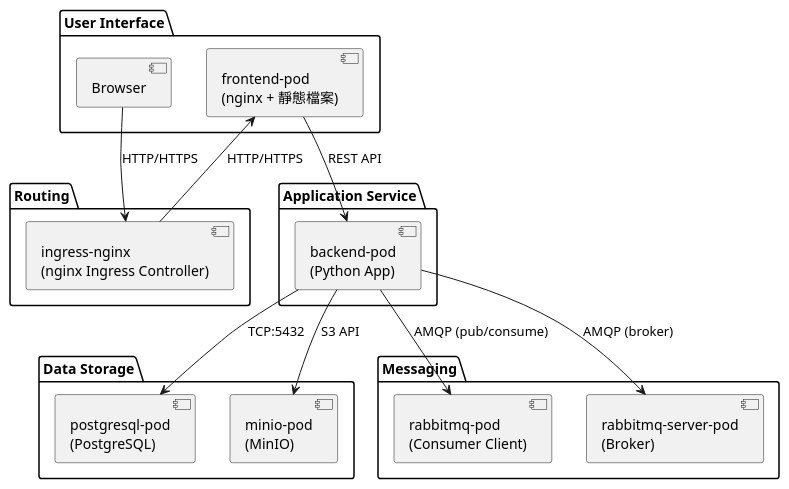
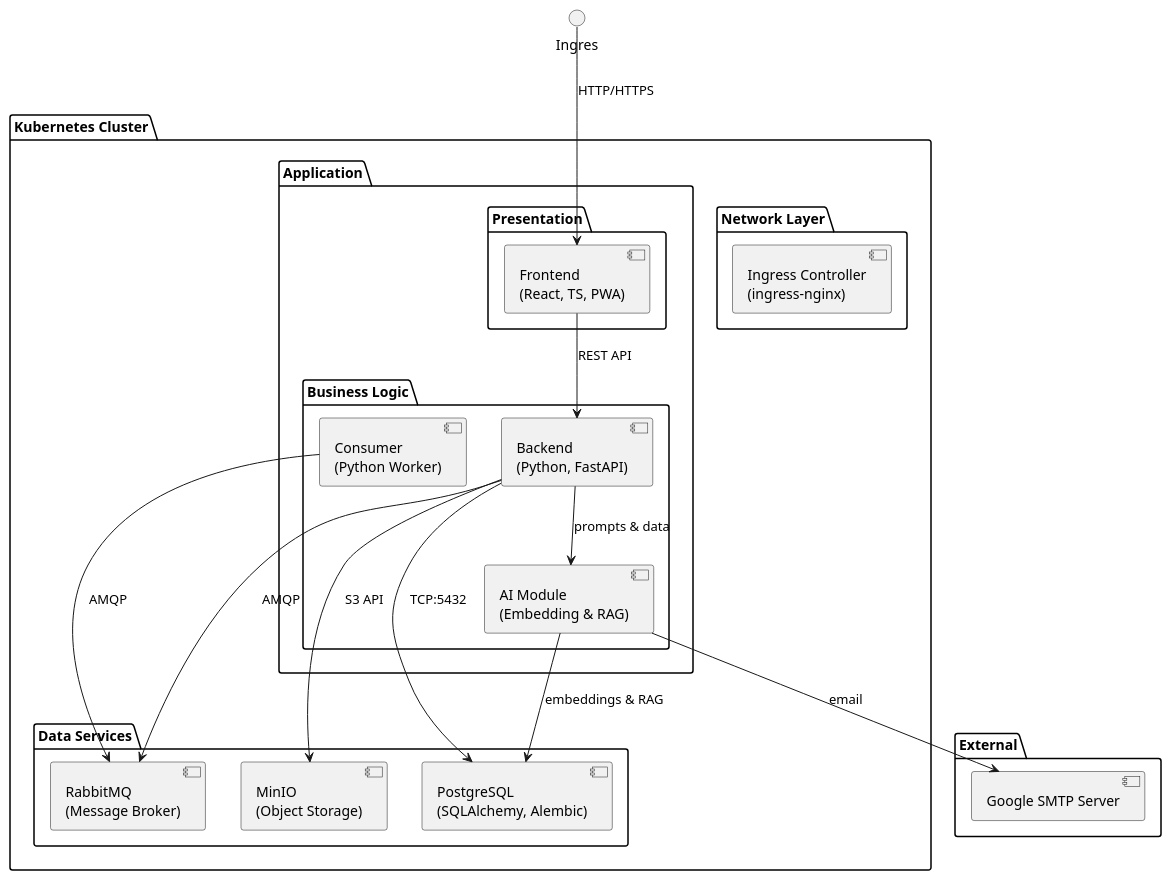
Before and after one commit to walle45611/NTUB_SecuManag_Diagram: the diagram in plantUML/package/package.puml, drawn with PlantUML. The commit also changed 1 other file, not shown here.

Commit message:
(modify):調整元件圖與套件圖

```diff
--- a/plantUML/package/package.puml
+++ b/plantUML/package/package.puml
@@ -1,32 +1,41 @@
 @startuml
-package "User Interface" {
-  [Browser]
-  [frontend-pod\n(nginx + 靜態檔案)] as FE
+
+package "Kubernetes Cluster" {
+
+  package "Network Layer" {
+    [Ingress Controller\n(ingress-nginx)] as Ingress
+  }
+
+  package "Application" {
+    package "Presentation" {
+      [Frontend\n(React, TS, PWA)] as Frontend
+    }
+    package "Business Logic" {
+      [Backend\n(Python, FastAPI)] as Backend
+      [Consumer\n(Python Worker)] as Consumer
+      [AI Module\n(Embedding & RAG)] as AIModule
+    }
+  }
+
+  package "Data Services" {
+    [RabbitMQ\n(Message Broker)] as RabbitMQ
+    [MinIO\n(Object Storage)] as MinIO
+    [PostgreSQL\n(SQLAlchemy, Alembic)] as Database
+  }
 }
 
-package "Routing" {
-  [ingress-nginx\n(nginx Ingress Controller)] as IngressController
+package "External" {
+  [Google SMTP Server] as SMTP
 }
 
-package "Application Service" {
-  [backend-pod\n(Python App)] as BE
-}
-
-package "Data Storage" {
-  [postgresql-pod\n(PostgreSQL)] as DB
-  [minio-pod\n(MinIO)] as S3
-}
-
-package "Messaging" {
-  [rabbitmq-pod\n(Consumer Client)] as RMQ
-  [rabbitmq-server-pod\n(Broker)] as RMQS
-}
-
-Browser --> IngressController : HTTP/HTTPS
-IngressController --> FE   : HTTP/HTTPS
-FE --> BE                  : REST API
-BE --> DB                  : TCP:5432
-BE --> S3                  : S3 API
-BE --> RMQ                 : AMQP (pub/consume)
-BE --> RMQS                : AMQP (broker)
+' Define dependencies between packages
+Ingres-->Frontend : HTTP/HTTPS
+Frontend-->Backend : REST API
+Backend-->RabbitMQ : AMQP
+Consumer-->RabbitMQ : AMQP
+Backend-->MinIO : S3 API
+Backend-->Database : TCP:5432
+Backend-->AIModule : prompts & data
+AIModule-->Database : embeddings & RAG
+AIModule-->SMTP : email
 @enduml
```
